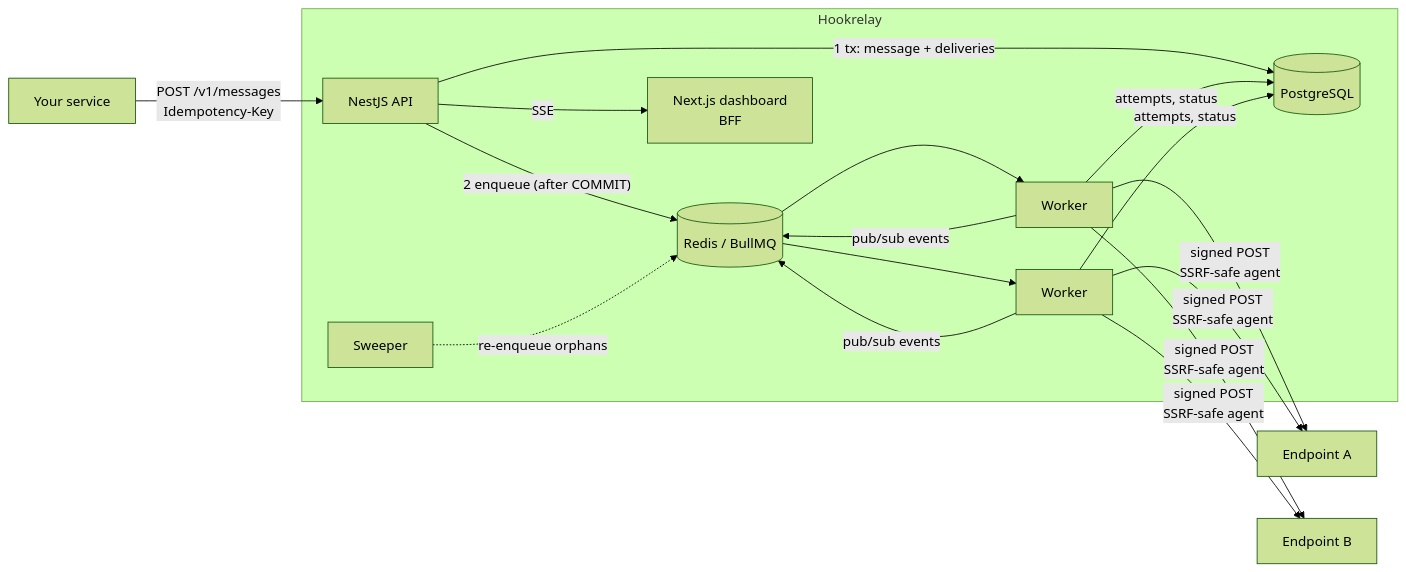
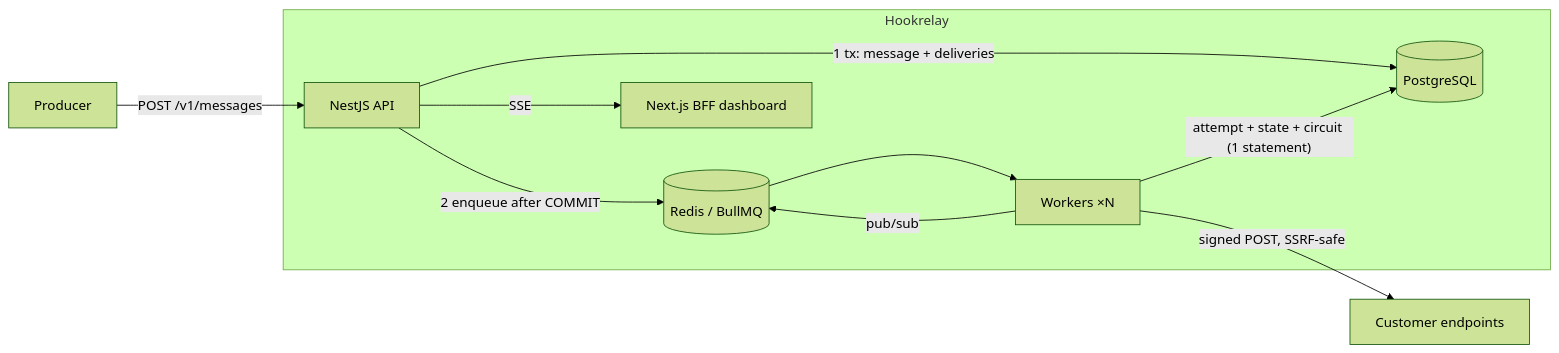
Before and after one commit to DRTX2/hookrelay: the diagram in README.md, drawn with Mermaid (forest theme). The commit also changed other lines of this file and 83 other files, not shown here.

````diff
--- a/README.md
+++ b/README.md
@@ -11,14 +37,13 @@
 ```mermaid
 flowchart LR
-  P[Your service] -- "POST /v1/messages<br/>Idempotency-Key" --> API
+  P[Producer] -- "POST /v1/messages" --> API
   subgraph Hookrelay
     API[NestJS API] -- "1 tx: message + deliveries" --> PG[(PostgreSQL)]
-    API -- "2 enqueue (after COMMIT)" --> R[(Redis / BullMQ)]
-    R --> W1[Worker] & W2[Worker]
-    W1 & W2 -- "attempts, status" --> PG
-    W1 & W2 -- "pub/sub events" --> R
-    SW[Sweeper] -. "re-enqueue orphans" .-> R
-    API -- "SSE" --> WEB[Next.js dashboard<br/>BFF]
+    API -- "2 enqueue after COMMIT" --> R[(Redis / BullMQ)]
+    R --> W[Workers ×N]
+    W -- "attempt + state + circuit (1 statement)" --> PG
+    W -- "pub/sub" --> R
+    API -- SSE --> WEB[Next.js BFF dashboard]
   end
-  W1 & W2 -- "signed POST<br/>SSRF-safe agent" --> E1[Endpoint A] & E2[Endpoint B]
+  W -- "signed POST, SSRF-safe" --> E[Customer endpoints]
 ```
````
